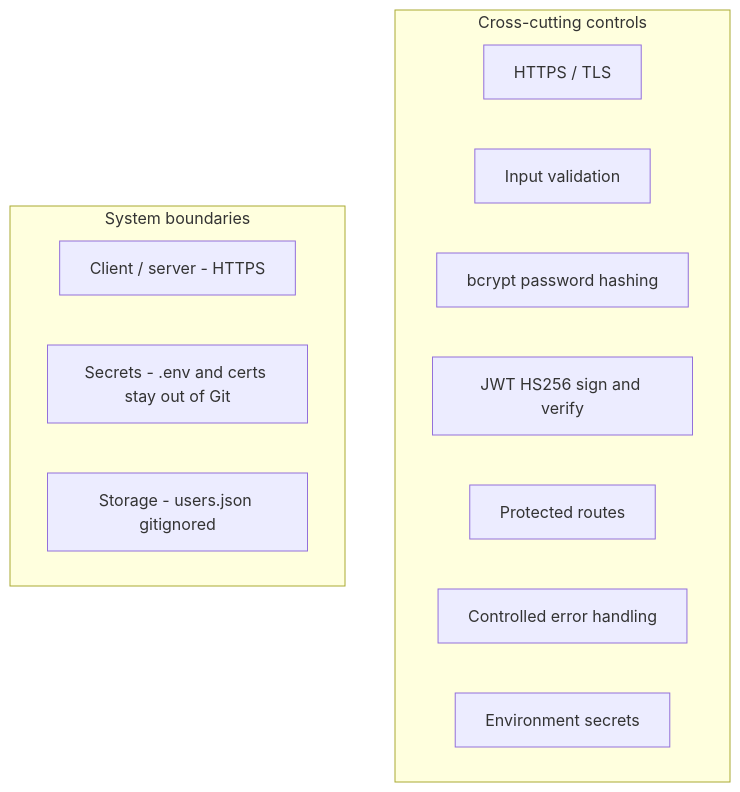
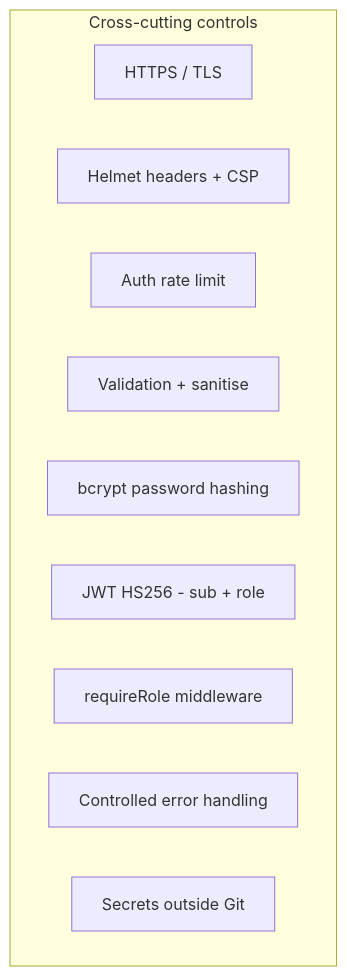
The fourth of 4 diagrams in README.md (akzz98/HustleHub), drawn with Mermaid before and after one commit. The commit also changed other lines of this file, not shown here.

Commit message:
feat: update README for clarity on system overview, features, and technology stack

````diff
--- a/README.md
+++ b/README.md
@@ -110,18 +162,14 @@
 ```mermaid
 flowchart TB
   subgraph controls ["Cross-cutting controls"]
     TLS["HTTPS / TLS"]
-    VAL["Input validation"]
+    HELM["Helmet headers + CSP"]
+    RATE["Auth rate limit"]
+    VAL["Validation + sanitise"]
     HASH["bcrypt password hashing"]
-    JWT["JWT HS256 sign and verify"]
-    PROT["Protected routes"]
+    JWT["JWT HS256 - sub + role"]
+    RBAC["requireRole middleware"]
     ERR["Controlled error handling"]
-    ENV["Environment secrets"]
-  end
-
-  subgraph bounds ["System boundaries"]
-    CS["Client / server - HTTPS"]
-    SEC["Secrets - .env and certs stay out of Git"]
-    DATA["Storage - users.json gitignored"]
+    ENV["Secrets outside Git"]
   end
 ```
````
